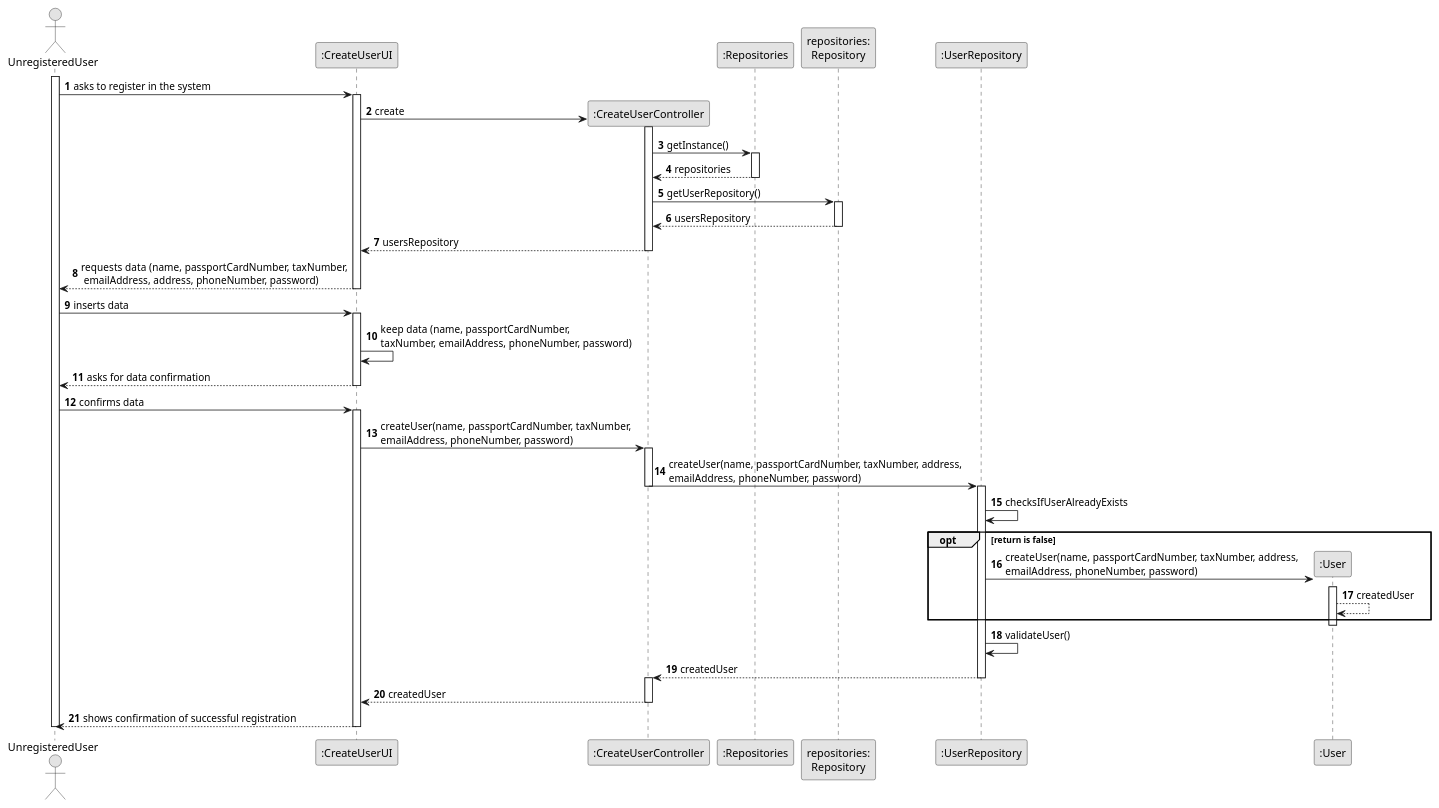
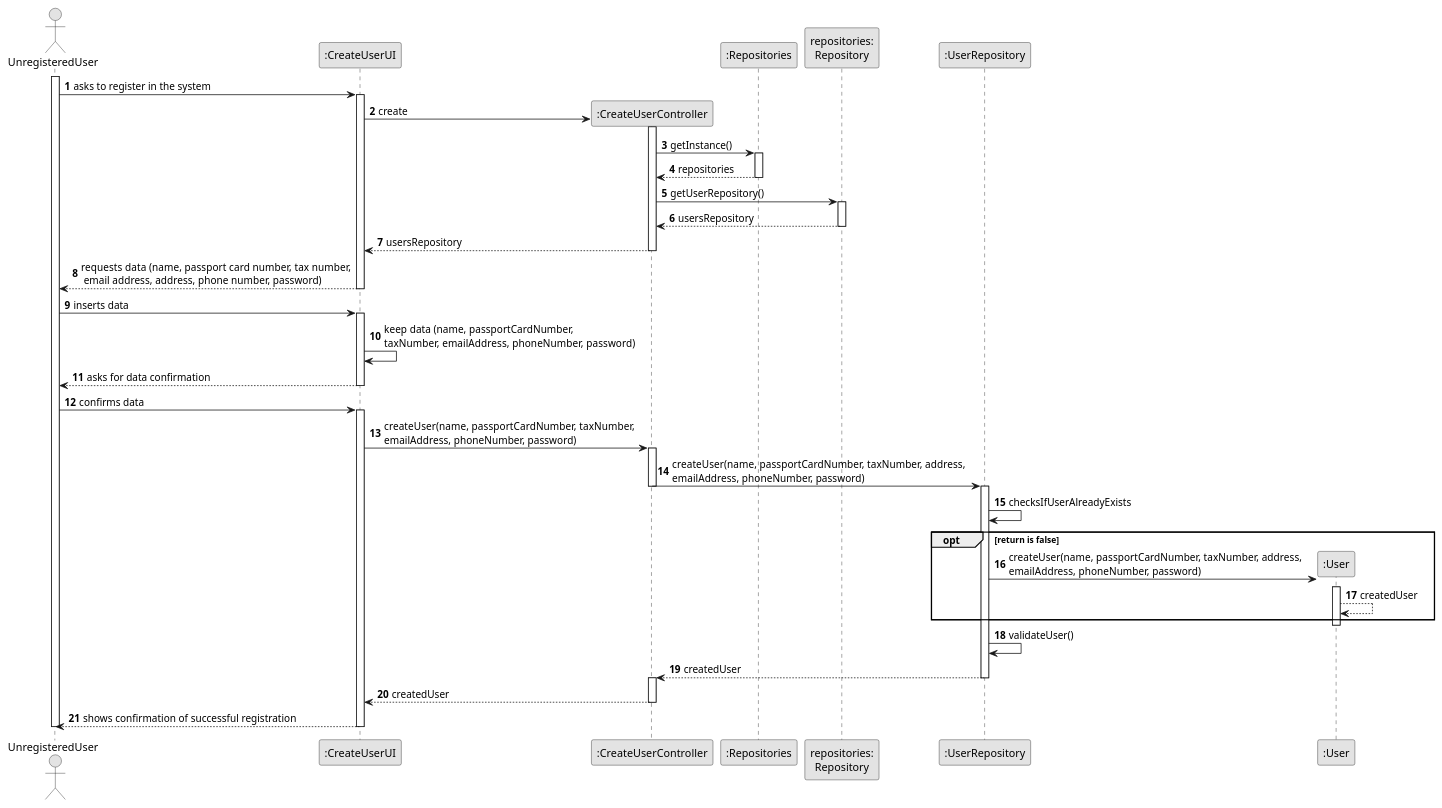
Before and after one commit to 1220812/LAPR2: the diagram in docs/sprintC/us007/03.design/puml/us007-sequence-diagram-full.puml, drawn with PlantUML. The commit also changed 19 other files, not shown here.

```diff
--- a/docs/sprintC/us007/03.design/puml/us007-sequence-diagram-full.puml
+++ b/docs/sprintC/us007/03.design/puml/us007-sequence-diagram-full.puml
@@ -1,92 +1,92 @@
 @startuml
 skinparam monochrome true
 skinparam packageStyle rectangle
 skinparam shadowing false
 
 autonumber
 
 'hide footbox
 actor "UnregisteredUser" as UU
 participant ":CreateUserUI" as UI
 participant ":CreateUserController" as CTRL
 participant ":Repositories" as R
 participant "repositories:\nRepository" as RR
 participant ":UserRepository" as UR
 participant ":User" as user
 
 activate UU
 
         UU -> UI : asks to register in the system
 
         activate UI
 
         UI -> CTRL** : create
 
 
         activate CTRL
 
         CTRL -> R : getInstance()
 
         activate R
 
         R --> CTRL : repositories
         deactivate R
 
         CTRL -> RR : getUserRepository()
         activate RR
 
         RR --> CTRL : usersRepository
 
         deactivate RR
 
         CTRL --> UI : usersRepository
         deactivate CTRL
 
-            UI --> UU : requests data (name, passportCardNumber, taxNumber,\n emailAddress, address, phoneNumber, password)
+            UI --> UU : requests data (name, passport card number, tax number,\n email address, address, phone number, password)
 
     deactivate UI
     UU -> UI : inserts data
     activate UI
 
     UI -> UI : keep data (name, passportCardNumber, \ntaxNumber, emailAddress, phoneNumber, password)
 
     UI --> UU : asks for data confirmation
     deactivate UI
     UU -> UI : confirms data
 
     activate UI
 
     UI -> CTRL : createUser(name, passportCardNumber, taxNumber, \nemailAddress, phoneNumber, password)
 
     activate CTRL
 
     CTRL -> UR : createUser(name, passportCardNumber, taxNumber, address, \nemailAddress, phoneNumber, password)
     deactivate CTRL
     activate UR
     UR -> UR : checksIfUserAlreadyExists
 
     opt return is false
 
     UR -> user ** : createUser(name, passportCardNumber, taxNumber, address, \nemailAddress, phoneNumber, password)
     activate user
     user --> user : createdUser
 
     end
     deactivate user
     UR-> UR : validateUser()
     UR --> CTRL : createdUser
     deactivate UR
     activate CTRL
 
     CTRL --> UI : createdUser
 
     deactivate CTRL
 
     deactivate R
         UI --> UU : shows confirmation of successful registration
         deactivate CTRL
     deactivate UI
 
 deactivate UU
 
 @enduml
```
